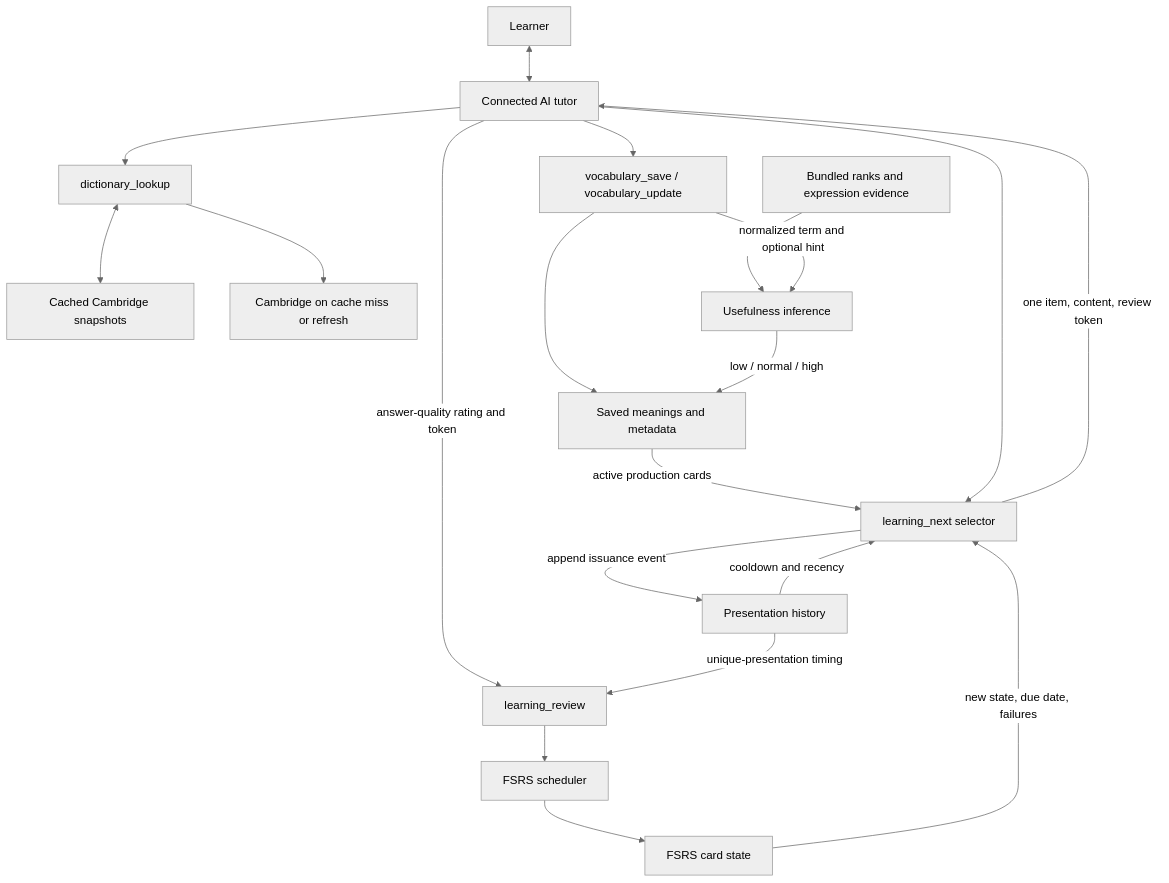
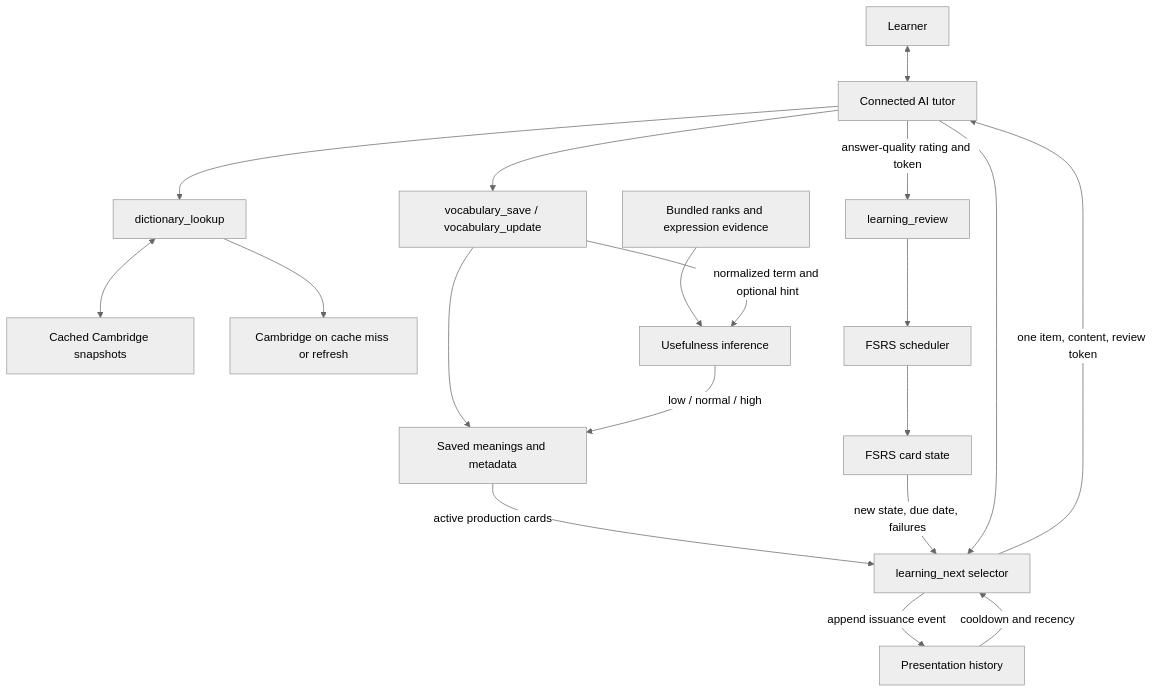
One commit to cjvnjde/chatgpt-english-mcp changed the first of 6 diagrams in docs/how-it-works.md. Above: the diagram before and after it, drawn with Mermaid (neutral theme). The commit also changed other lines of this file and 13 other files, not shown here.

````diff
--- a/docs/how-it-works.md
+++ b/docs/how-it-works.md
@@ -24,22 +24,21 @@
 ```mermaid
 flowchart TD
     Learner["Learner"] <--> Tutor["Connected AI tutor"]
     Tutor --> Lookup["dictionary_lookup"]
     Lookup <--> Cache["Cached Cambridge snapshots"]
     Lookup --> Cambridge["Cambridge on cache miss or refresh"]
     Tutor --> Save["vocabulary_save / vocabulary_update"]
     Evidence["Bundled ranks and expression evidence"] --> Estimate["Usefulness inference"]
     Save -->|"normalized term and optional hint"| Estimate
     Save --> Vocabulary["Saved meanings and metadata"]
     Estimate -->|"low / normal / high"| Vocabulary
     Vocabulary -->|"active production cards"| Select["learning_next selector"]
     History["Presentation history"] -->|"cooldown and recency"| Select
     Cards["FSRS card state"] -->|"new state, due date, failures"| Select
     Tutor --> Select
     Select -->|"append issuance event"| History
     Select -->|"one item, content, review token"| Tutor
     Tutor -->|"answer-quality rating and token"| Review["learning_review"]
-    History -->|"unique-presentation timing"| Review
     Review --> FSRS["FSRS scheduler"]
     FSRS --> Cards
 ```
````
